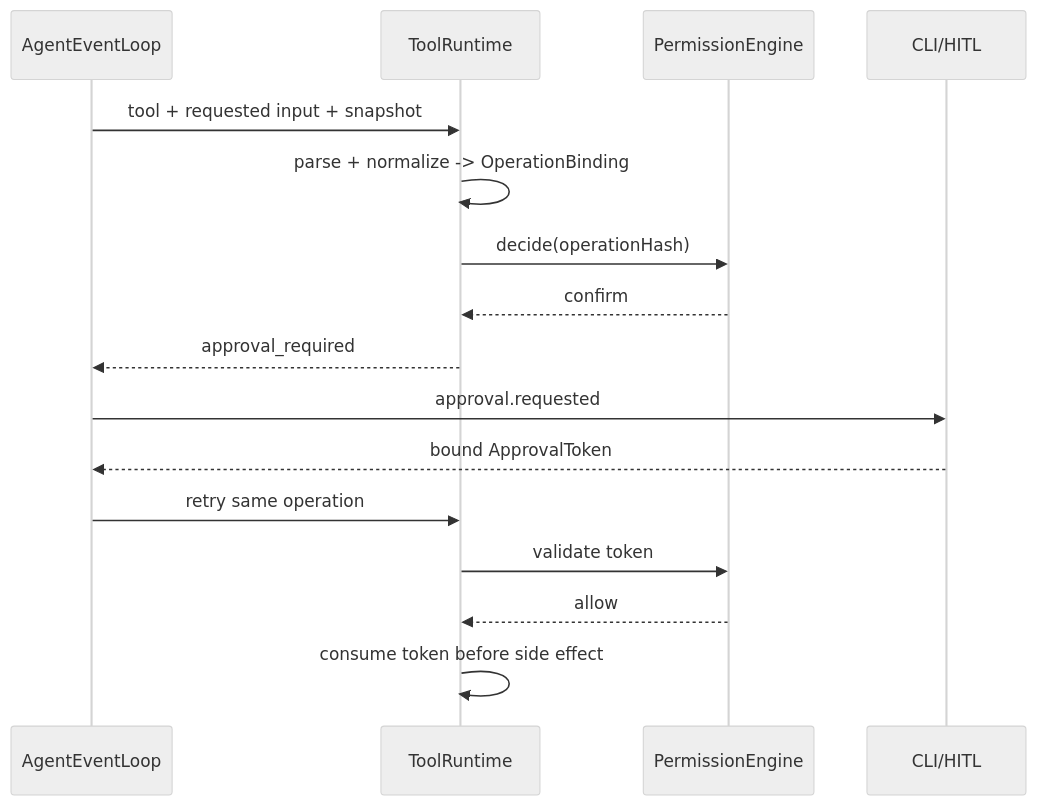
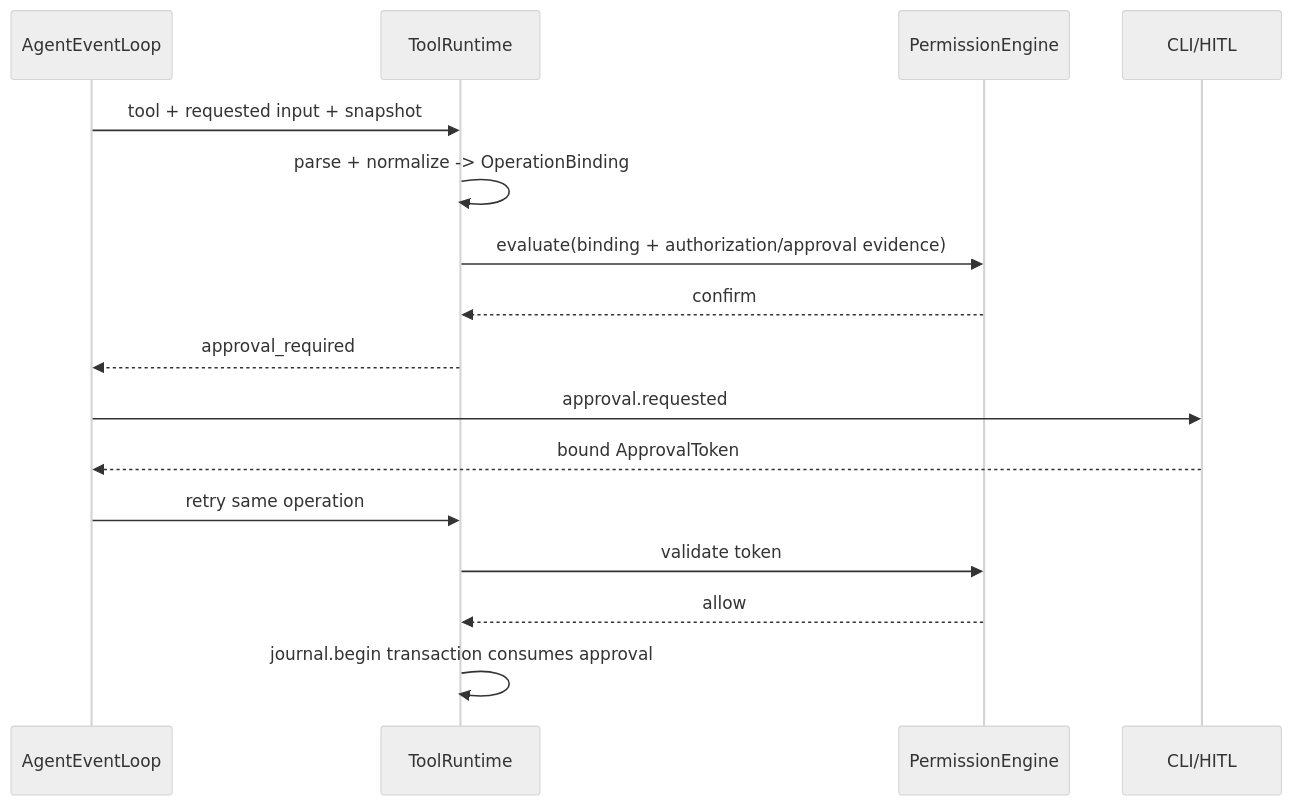
The diagram in docs/components/03-permission-engine.md (TimmmmmY827/CodeFlow-Agent), drawn with Mermaid (neutral theme) before and after one commit. The commit also changed other lines of this file and 18 other files, not shown here.

````diff
--- a/docs/components/03-permission-engine.md
+++ b/docs/components/03-permission-engine.md
@@ -90,18 +90,18 @@
 ```mermaid
 sequenceDiagram
     participant L as AgentEventLoop
     participant R as ToolRuntime
     participant P as PermissionEngine
     participant U as CLI/HITL
     L->>R: tool + requested input + snapshot
     R->>R: parse + normalize -> OperationBinding
-    R->>P: decide(operationHash)
+    R->>P: evaluate(binding + authorization/approval evidence)
     P-->>R: confirm
     R-->>L: approval_required
     L->>U: approval.requested
     U-->>L: bound ApprovalToken
     L->>R: retry same operation
     R->>P: validate token
     P-->>R: allow
-    R->>R: consume token before side effect
+    R->>R: journal.begin transaction consumes approval
 ```
````
